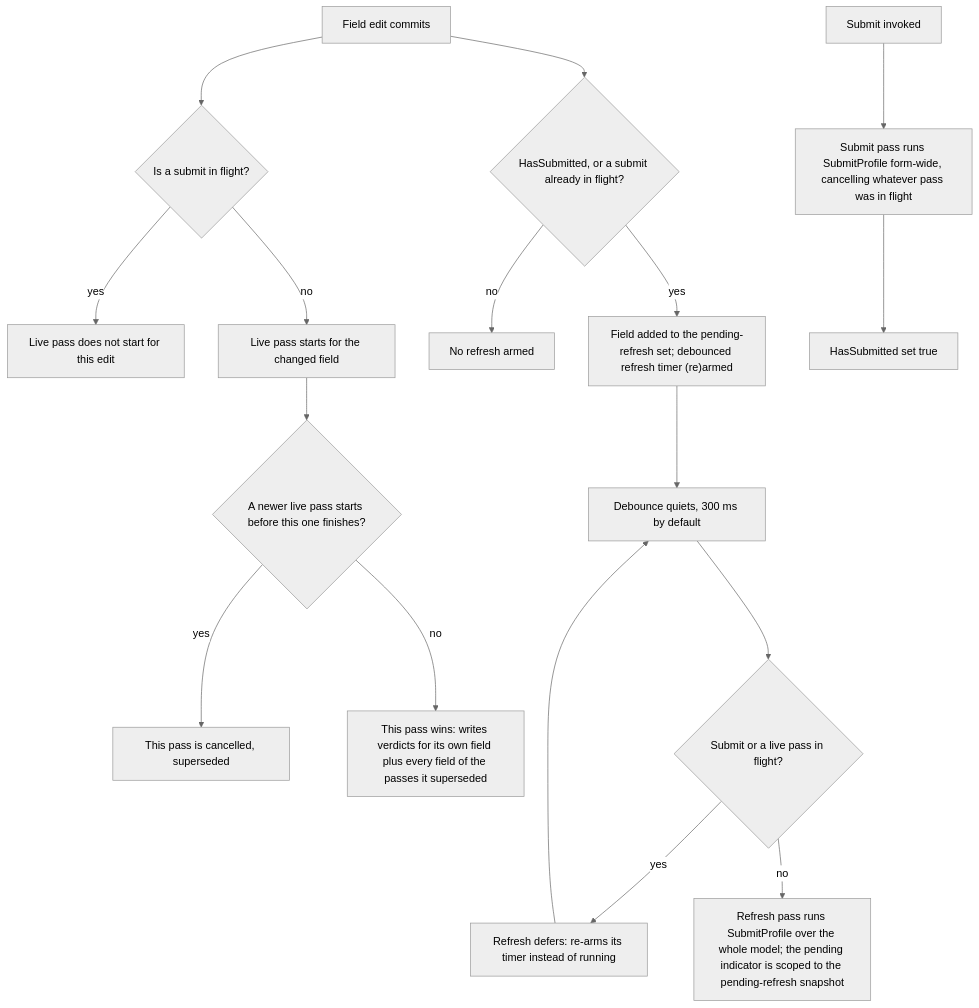
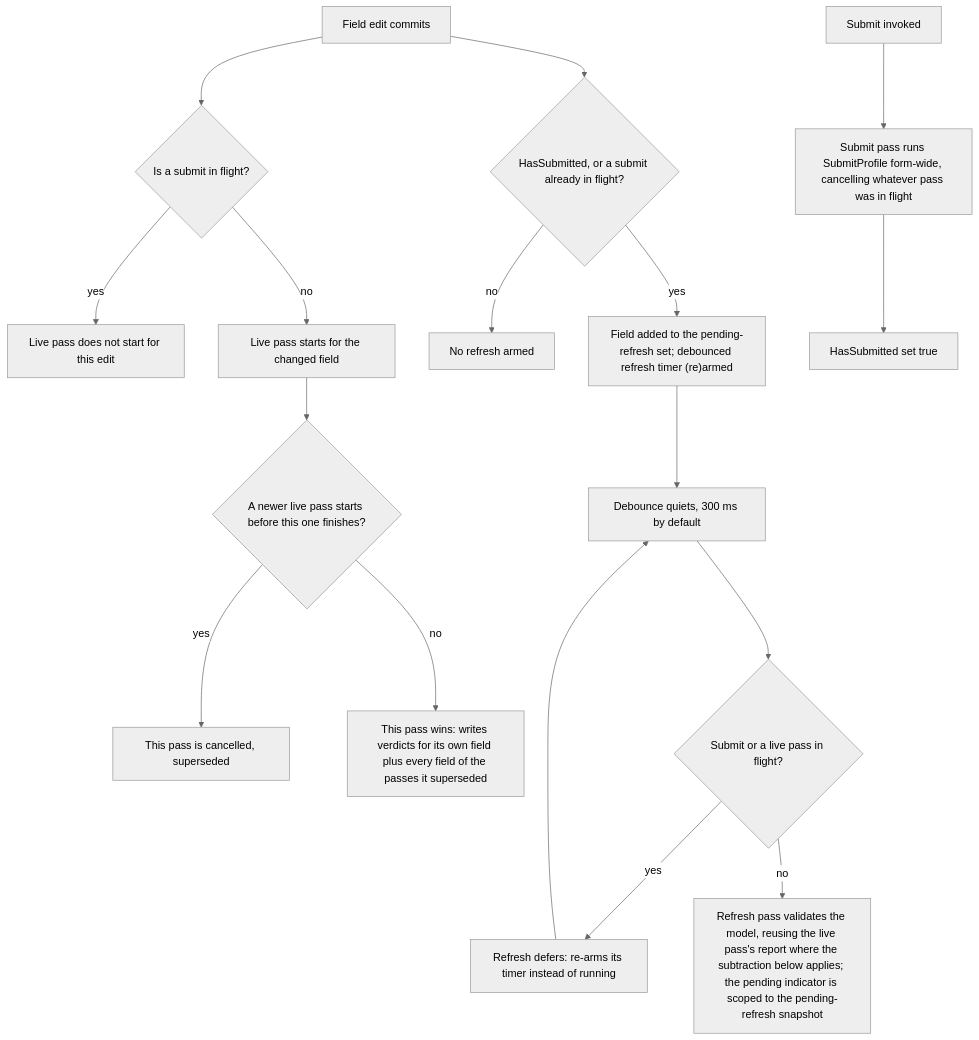
The diagram in docs/async-validation.md (xfunc-pty-ltd/formidable), drawn with Mermaid (neutral theme) before and after one commit. The commit also changed other lines of this file and 30 other files, not shown here.

````diff
--- a/docs/async-validation.md
+++ b/docs/async-validation.md
@@ -140,22 +157,22 @@
 ```mermaid
 flowchart TD
     A["Field edit commits"] --> B{"Is a submit in flight?"}
     B -- "yes" --> C["Live pass does not start for this edit"]
     B -- "no" --> D["Live pass starts for the changed field"]
     D --> E{"A newer live pass starts before this one finishes?"}
     E -- "yes" --> F["This pass is cancelled, superseded"]
     E -- "no" --> G["This pass wins: writes verdicts for its own field plus every field of the passes it superseded"]
 
     A --> H{"HasSubmitted, or a submit already in flight?"}
     H -- "no" --> I["No refresh armed"]
     H -- "yes" --> J["Field added to the pending-refresh set; debounced refresh timer (re)armed"]
 
     J --> K["Debounce quiets, 300 ms by default"]
     K --> L{"Submit or a live pass in flight?"}
     L -- "yes" --> M["Refresh defers: re-arms its timer instead of running"]
     M --> K
-    L -- "no" --> N["Refresh pass runs SubmitProfile over the whole model; the pending indicator is scoped to the pending-refresh snapshot"]
+    L -- "no" --> N["Refresh pass validates the model, reusing the live pass's report where the subtraction below applies; the pending indicator is scoped to the pending-refresh snapshot"]
 
     O["Submit invoked"] --> P["Submit pass runs SubmitProfile form-wide, cancelling whatever pass was in flight"]
     P --> Q["HasSubmitted set true"]
 ```
````
